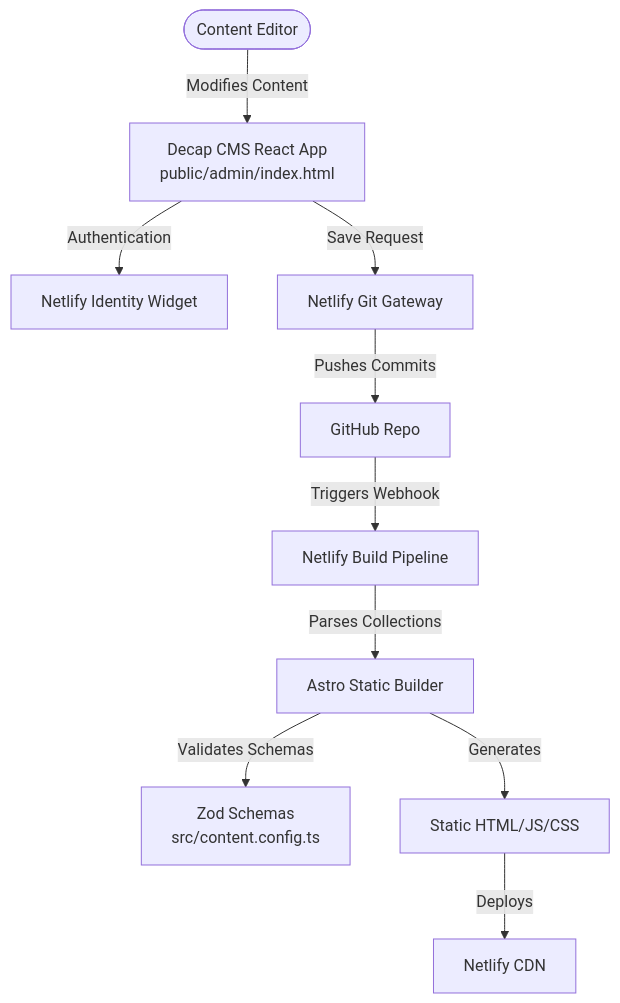
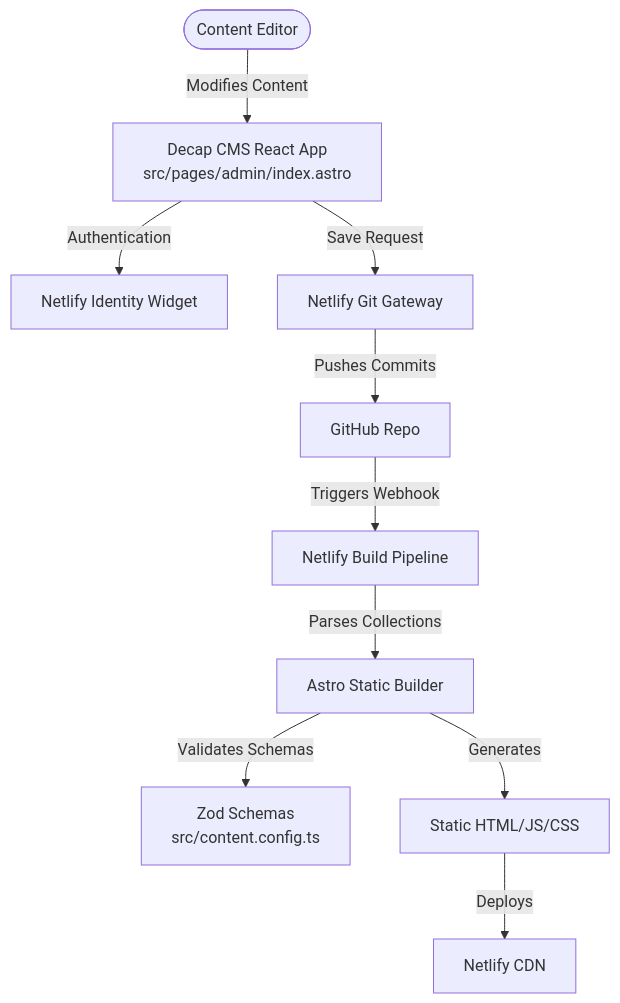
Before and after one commit to AshwathsPlayground/astro-bistro-decap-cms: the diagram in REFACTOR_SPEC.md, drawn with Mermaid. The commit also changed other lines of this file and 28 other files, not shown here.

````diff
--- a/REFACTOR_SPEC.md
+++ b/REFACTOR_SPEC.md
@@ -9,12 +11,12 @@
 ```mermaid
 graph TD
-    User([Content Editor]) -->|Modifies Content| DecapApp[Decap CMS React App<br>public/admin/index.html]
+    User([Content Editor]) -->|Modifies Content| DecapApp[Decap CMS React App<br>src/pages/admin/index.astro]
     DecapApp -->|Authentication| NetlifyIdentity[Netlify Identity Widget]
     DecapApp -->|Save Request| GitGateway[Netlify Git Gateway]
     GitGateway -->|Pushes Commits| GitHub[GitHub Repo]
     GitHub -->|Triggers Webhook| NetlifyBuild[Netlify Build Pipeline]
     NetlifyBuild -->|Parses Collections| AstroBuild[Astro Static Builder]
     AstroBuild -->|Validates Schemas| Zod[Zod Schemas<br>src/content.config.ts]
     AstroBuild -->|Generates| StaticFiles[Static HTML/JS/CSS]
     StaticFiles -->|Deploys| CDN[Netlify CDN]
 ```
````
